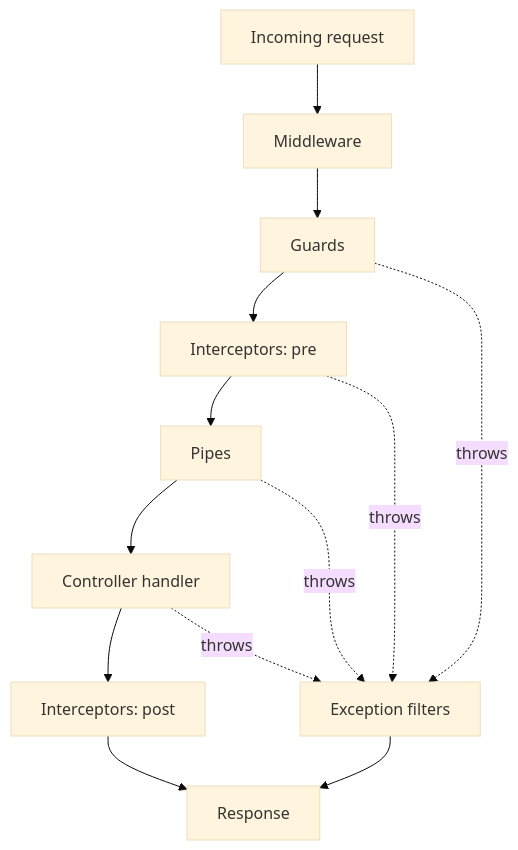
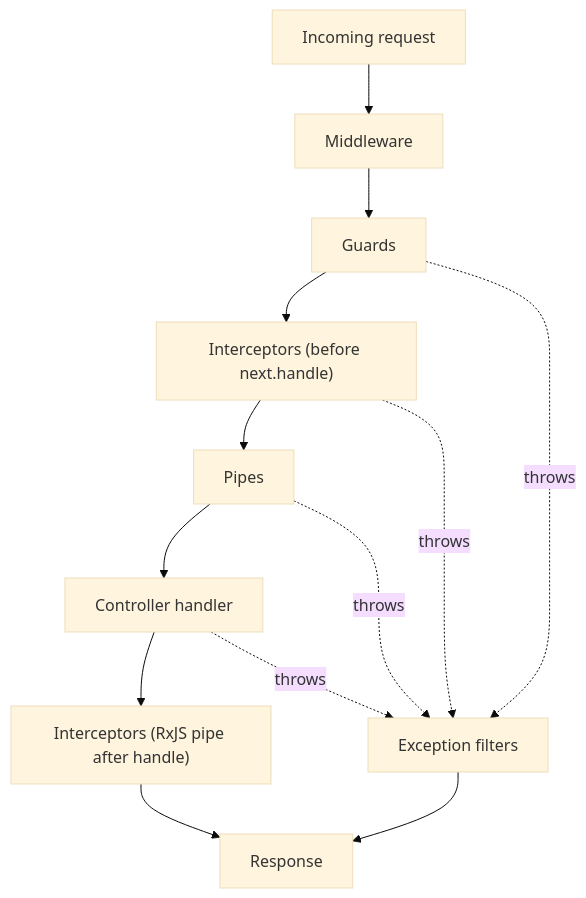
Before and after one commit to LOsioChico/knowledge-base: the diagram in content/nestjs/fundamentals/request-lifecycle.md, drawn with Mermaid (base theme). The commit also changed other lines of this file, not shown here.

Commit message:
docs: clarify pre/post interceptor is the same intercept() call

````diff
--- a/content/nestjs/fundamentals/request-lifecycle.md
+++ b/content/nestjs/fundamentals/request-lifecycle.md
@@ -22,15 +22,15 @@
 ```mermaid
 flowchart TD
     A[Incoming request] --> B[Middleware]
     B --> C[Guards]
-    C --> D[Interceptors: pre]
+    C --> D["Interceptors (before next.handle)"]
     D --> E[Pipes]
     E --> F[Controller handler]
-    F --> G[Interceptors: post]
+    F --> G["Interceptors (RxJS pipe after handle)"]
     G --> H[Response]
     C -.throws.-> I[Exception filters]
     D -.throws.-> I
     E -.throws.-> I
     F -.throws.-> I
     I --> H
 ```
````
